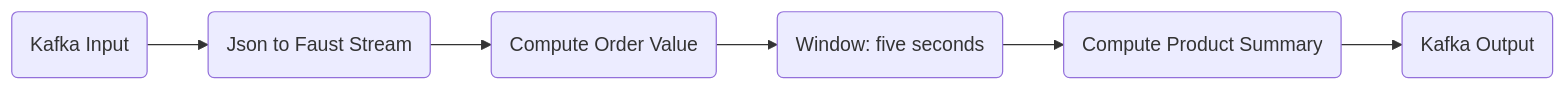
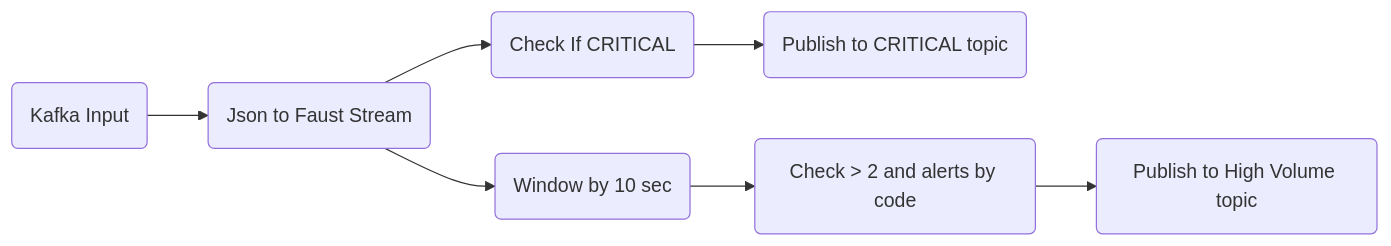
The diagram in README.md (chinhuy/streaming-thresholds-alerts), drawn with Mermaid before and after one commit. The commit also changed other lines of this file and 4 other files, not shown here.

````diff
--- a/README.md
+++ b/README.md
@@ -20,8 +18,9 @@
 ```mermaid
 flowchart LR;
     kafka_input(Kafka Input)-->event(Json to Faust Stream);
-    event-->com(Compute Order Value);
-    com-->agg(Window: five seconds);
-    agg-->ps(Compute Product Summary)
-    ps-->output(Kafka Output);
+    event-->critical(Check If CRITICAL);
+    event-->window(Window by 10 sec);
+    critical-->toutput(Publish to CRITICAL topic);
+    window-->check2(Check > 2 and alerts by code)
+    check2-->tout2(Publish to High Volume topic);
 ```
````
